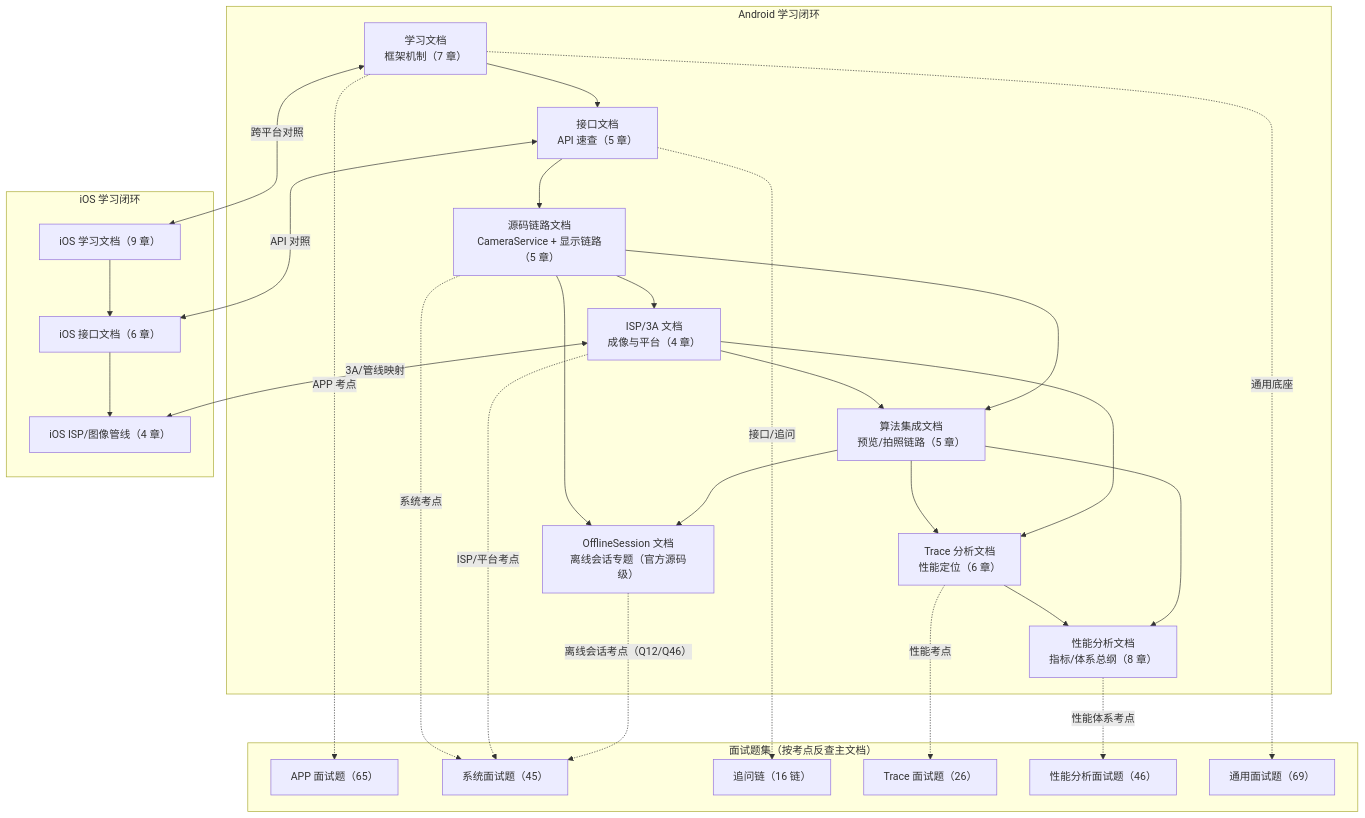
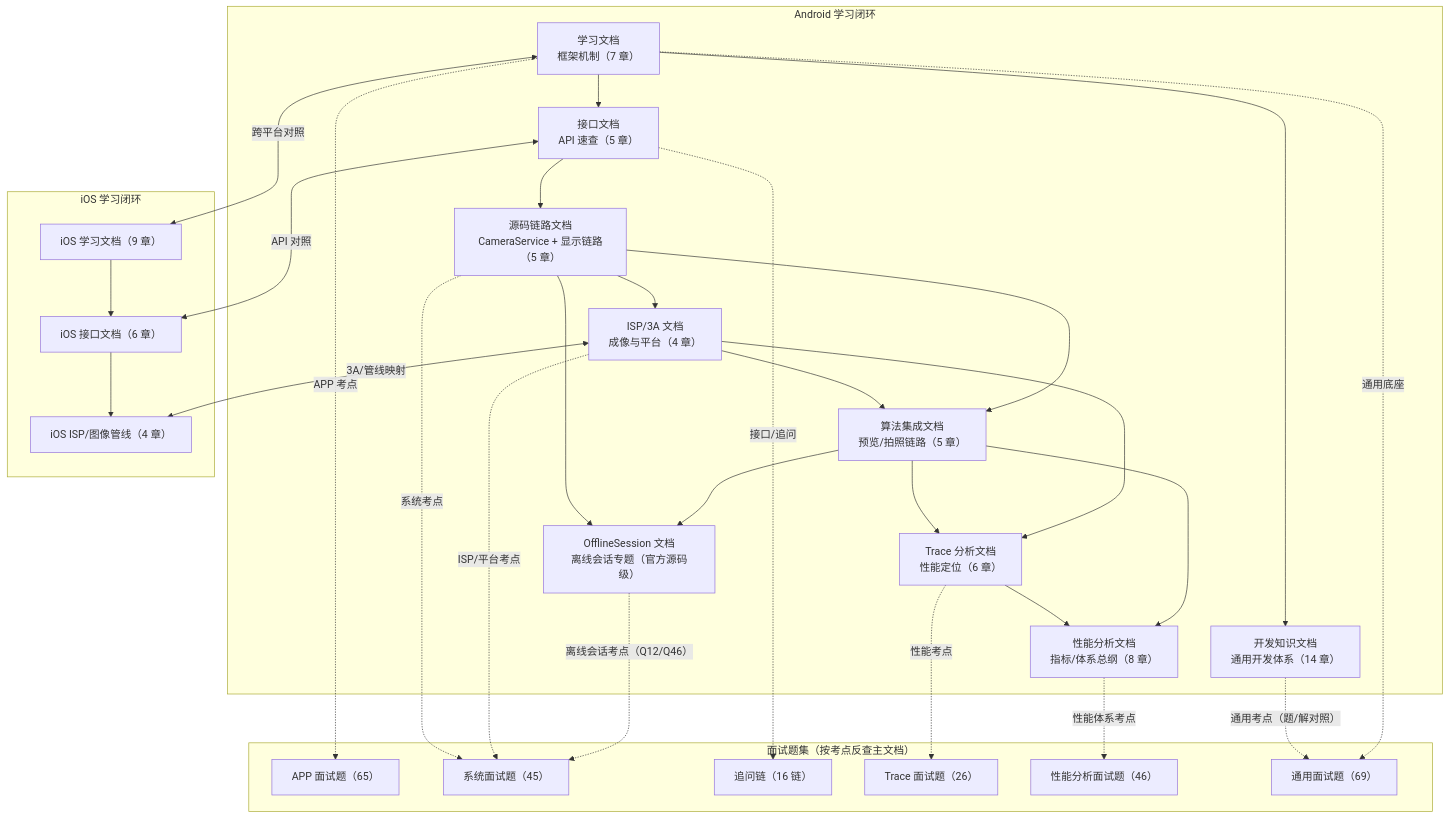
One commit to ChiangyangNPU/camera-learning changed the diagram in README.md. Above: the diagram before and after it, drawn with Mermaid. The commit also changed other lines of this file and 16 other files, not shown here.

First line of the commit message:
docs: 新增《Android_开发知识文档》（通用开发体系 14 章）+ dev_docs 分章源文件

````diff
--- a/README.md
+++ b/README.md
@@ -9,39 +9,41 @@
 ```mermaid
 flowchart TB
     subgraph AND["Android 学习闭环"]
         A1["学习文档<br/>框架机制（7 章）"] --> A2["接口文档<br/>API 速查（5 章）"]
         A2 --> A3["源码链路文档<br/>CameraService + 显示链路（5 章）"]
         A3 --> A4["ISP/3A 文档<br/>成像与平台（4 章）"]
         A4 --> A5["算法集成文档<br/>预览/拍照链路（5 章）"]
         A3 --> A5
         A5 --> A6["Trace 分析文档<br/>性能定位（6 章）"]
         A4 --> A6
         A6 --> A7["性能分析文档<br/>指标/体系总纲（8 章）"]
         A5 --> A7
         A3 --> A8["OfflineSession 文档<br/>离线会话专题（官方源码级）"]
         A5 --> A8
+        A1 --> A9["开发知识文档<br/>通用开发体系（14 章）"]
     end
     subgraph IV["面试题集（按考点反查主文档）"]
         Q1["APP 面试题（65）"]
         Q2["系统面试题（45）"]
         Q3["追问链（16 链）"]
         Q4["Trace 面试题（26）"]
         Q6["性能分析面试题（46）"]
         Q5["通用面试题（69）"]
     end
     subgraph IOS["iOS 学习闭环"]
         B1["iOS 学习文档（9 章）"] --> B2["iOS 接口文档（6 章）"]
         B2 --> B3["iOS ISP/图像管线（4 章）"]
     end
     A1 -.->|"APP 考点"| Q1
     A2 -.->|"接口/追问"| Q3
     A3 -.->|"系统考点"| Q2
     A4 -.->|"ISP/平台考点"| Q2
     A8 -.->|"离线会话考点（Q12/Q46）"| Q2
     A6 -.->|"性能考点"| Q4
     A7 -.->|"性能体系考点"| Q6
+    A9 -.->|"通用考点（题/解对照）"| Q5
     A1 -.->|"通用底座"| Q5
     A1 <-->|"跨平台对照"| B1
     A2 <-->|"API 对照"| B2
     A4 <-->|"3A/管线映射"| B3
 ```
````
